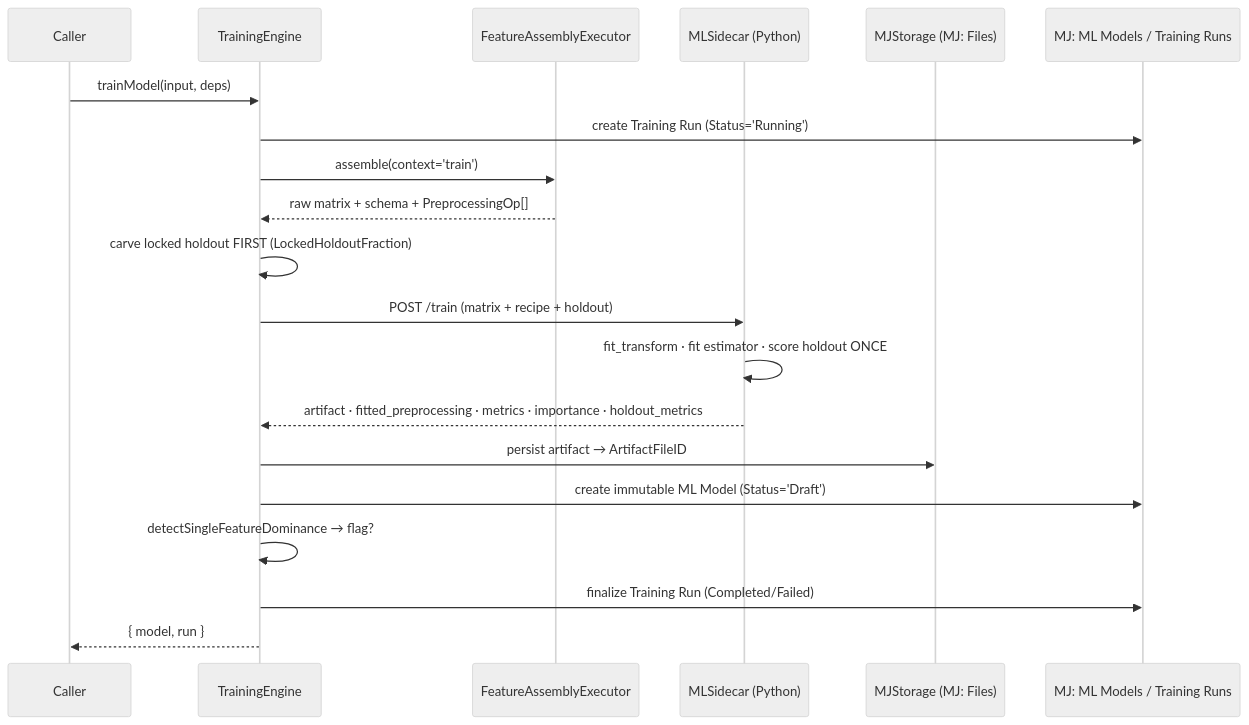
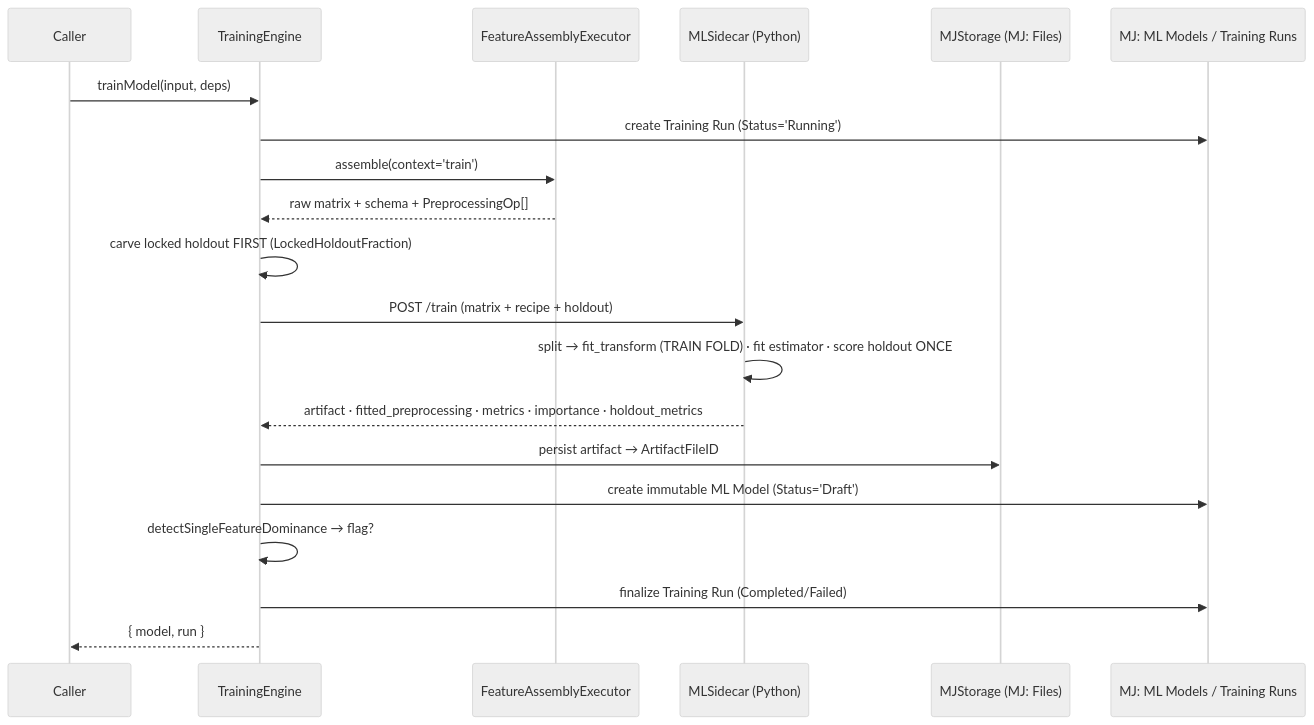
Before and after one commit to MemberJunction/MJ: the fifth of 12 diagrams in guides/PREDICTIVE_STUDIO_GUIDE.md, drawn with Mermaid (neutral theme). The commit also changed other lines of this file and 11 other files, not shown here.

````diff
--- a/guides/PREDICTIVE_STUDIO_GUIDE.md
+++ b/guides/PREDICTIVE_STUDIO_GUIDE.md
@@ -306,22 +321,22 @@
 ```mermaid
 sequenceDiagram
     participant C as Caller
     participant TE as TrainingEngine
     participant FA as FeatureAssemblyExecutor
     participant SC as MLSidecar (Python)
     participant ST as MJStorage (MJ: Files)
     participant DB as MJ: ML Models / Training Runs
     C->>TE: trainModel(input, deps)
     TE->>DB: create Training Run (Status='Running')
     TE->>FA: assemble(context='train')
     FA-->>TE: raw matrix + schema + PreprocessingOp[]
     TE->>TE: carve locked holdout FIRST (LockedHoldoutFraction)
     TE->>SC: POST /train (matrix + recipe + holdout)
-    SC->>SC: fit_transform · fit estimator · score holdout ONCE
+    SC->>SC: split → fit_transform (TRAIN FOLD) · fit estimator · score holdout ONCE
     SC-->>TE: artifact · fitted_preprocessing · metrics · importance · holdout_metrics
     TE->>ST: persist artifact → ArtifactFileID
     TE->>DB: create immutable ML Model (Status='Draft')
     TE->>TE: detectSingleFeatureDominance → flag?
     TE->>DB: finalize Training Run (Completed/Failed)
     TE-->>C: { model, run }
 ```
````
